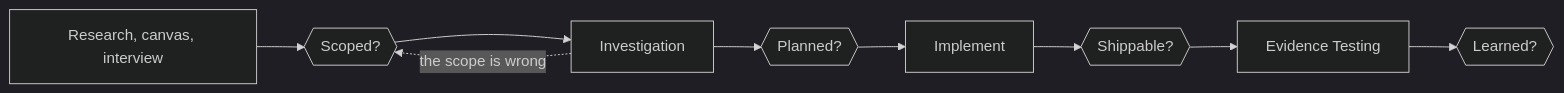
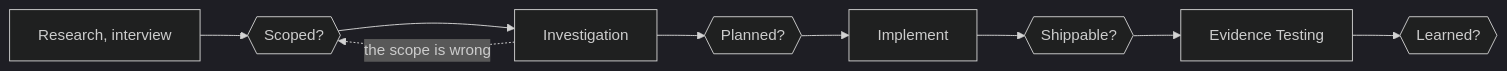
Before and after one commit to alexradunet/forge-engineering: the second of 3 diagrams in README.md, drawn with Mermaid (dark theme). The commit also changed other lines of this file and 62 other files, not shown here.

````diff
--- a/README.md
+++ b/README.md
@@ -186,6 +186,6 @@
 ```mermaid
 flowchart LR
-  R[Research, canvas, interview] --> S{{Scoped?}} --> I[Investigation] --> P{{Planned?}}
+  R[Research, interview] --> S{{Scoped?}} --> I[Investigation] --> P{{Planned?}}
   P --> C[Implement] --> SH{{Shippable?}} --> E[Evidence Testing] --> L{{Learned?}}
   I -. the scope is wrong .-> S
 ```
````
